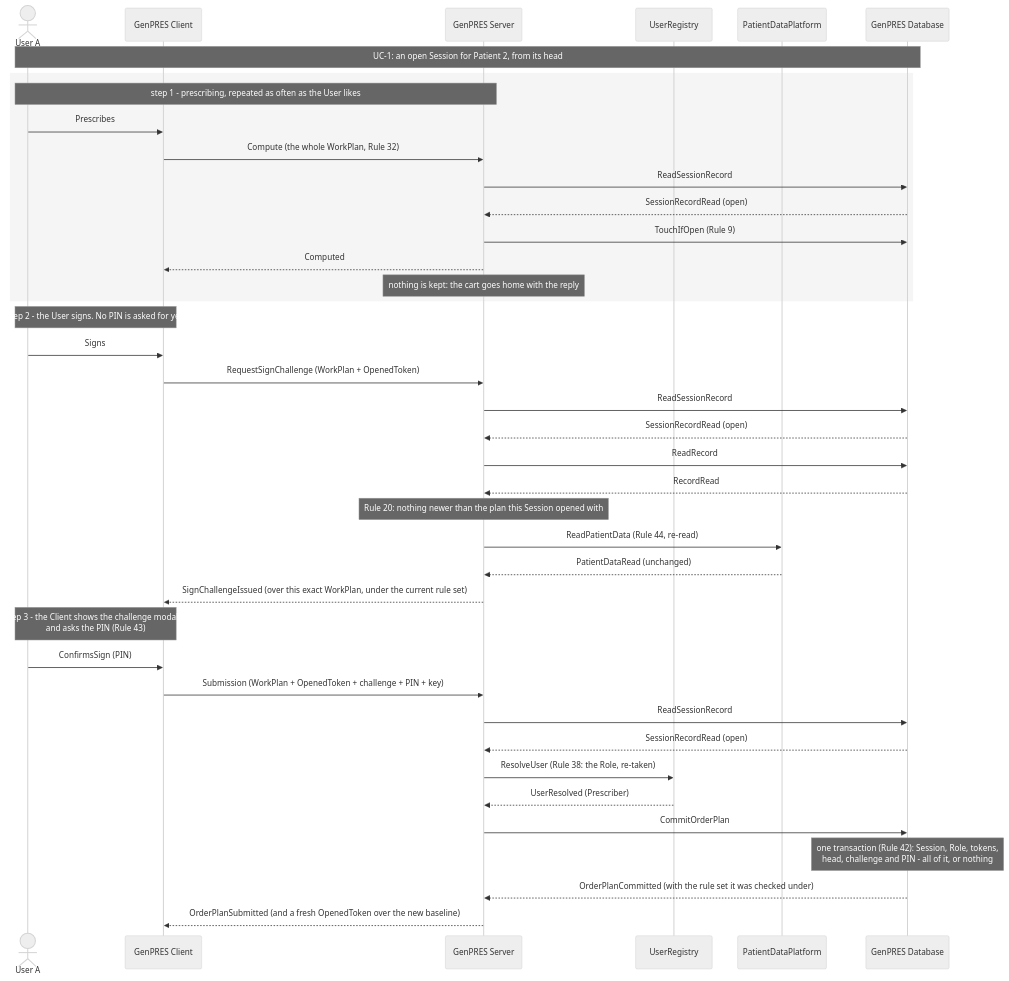
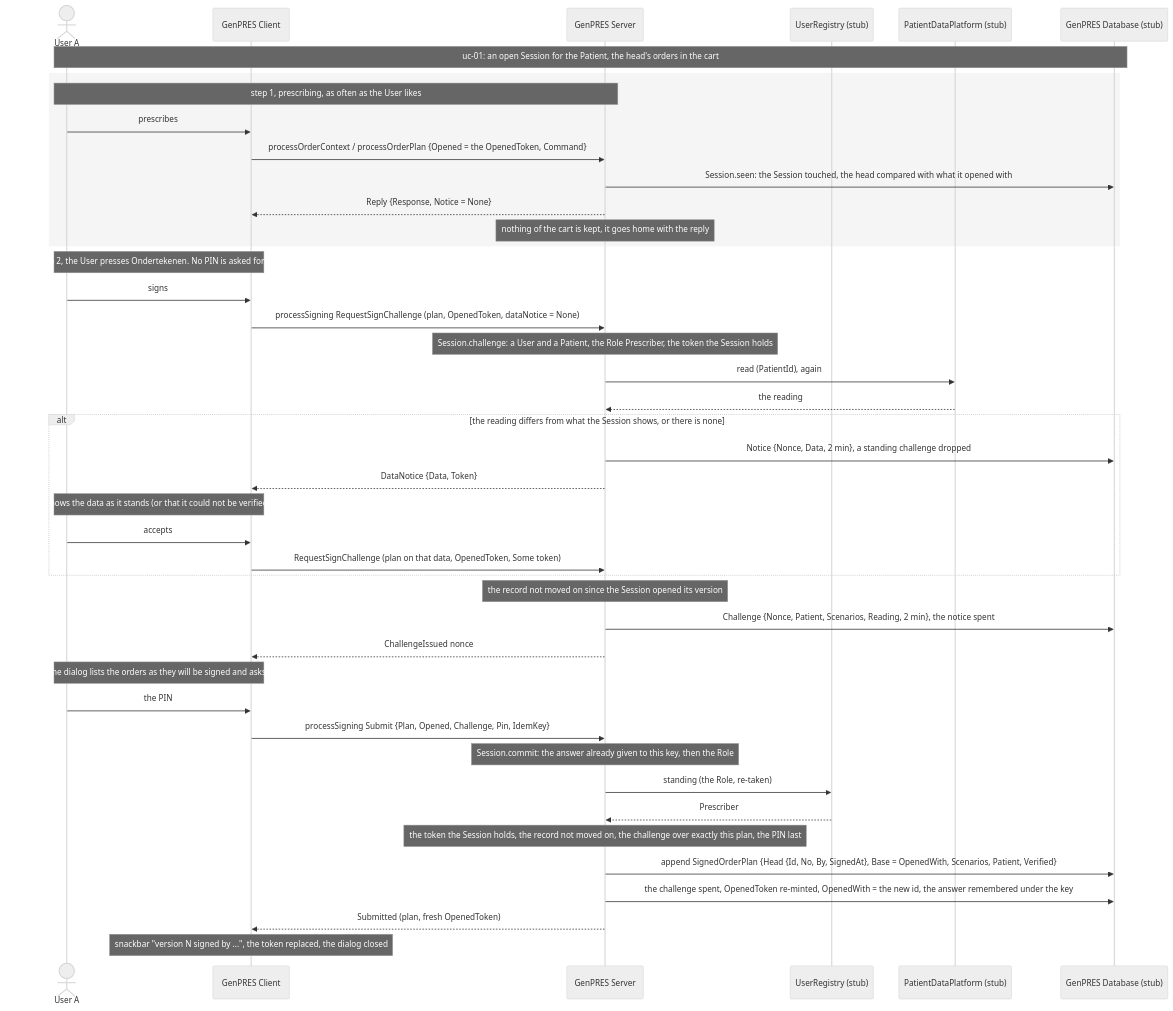
One commit to informedica/GenPRES changed the first of 2 diagrams in docs/scenarios/integration/uc-03-prescribe-and-sign.md. Above: the diagram before and after it, drawn with Mermaid (neutral theme). The commit also changed other lines of this file and 13 other files, not shown here.

````diff
--- a/docs/scenarios/integration/uc-03-prescribe-and-sign.md
+++ b/docs/scenarios/integration/uc-03-prescribe-and-sign.md
@@ -10,46 +11,49 @@
 ```mermaid
 sequenceDiagram
     actor U as User A
     participant C as GenPRES Client
     participant S as GenPRES Server
-    participant R as UserRegistry
-    participant P as PatientDataPlatform
-    participant D as GenPRES Database
+    participant R as UserRegistry (stub)
+    participant P as PatientDataPlatform (stub)
+    participant D as GenPRES Database (stub)
 
-    Note over U,D: UC-1: an open Session for Patient 2, from its head
+    Note over U,D: uc-01: an open Session for the Patient, the head's orders in the cart
 
     rect rgb(245,245,245)
-    Note over U,S: step 1 - prescribing, repeated as often as the User likes
-    U->>C: Prescribes
-    C->>S: Compute (the whole WorkPlan, Rule 32)
-    S->>D: ReadSessionRecord
-    D-->>S: SessionRecordRead (open)
-    S->>D: TouchIfOpen (Rule 9)
-    S-->>C: Computed
-    Note over S: nothing is kept: the cart goes home with the reply
+    Note over U,S: step 1, prescribing, as often as the User likes
+    U->>C: prescribes
+    C->>S: processOrderContext / processOrderPlan {Opened = the OpenedToken, Command}
+    S->>D: Session.seen: the Session touched, the head compared with what it opened with
+    S-->>C: Reply {Response, Notice = None}
+    Note over S: nothing of the cart is kept, it goes home with the reply
     end
 
-    Note over U,C: step 2 - the User signs. No PIN is asked for yet.
-    U->>C: Signs
-    C->>S: RequestSignChallenge (WorkPlan + OpenedToken)
-    S->>D: ReadSessionRecord
-    D-->>S: SessionRecordRead (open)
-    S->>D: ReadRecord
-    D-->>S: RecordRead
-    Note over S: Rule 20: nothing newer than the plan this Session opened with
-    S->>P: ReadPatientData (Rule 44, re-read)
-    P-->>S: PatientDataRead (unchanged)
-    S-->>C: SignChallengeIssued (over this exact WorkPlan, under the current rule set)
+    Note over U,C: step 2, the User presses Ondertekenen. No PIN is asked for yet.
+    U->>C: signs
+    C->>S: processSigning RequestSignChallenge (plan, OpenedToken, dataNotice = None)
+    Note over S: Session.challenge: a User and a Patient, the Role Prescriber, the token the Session holds
+    S->>P: read (PatientId), again
+    P-->>S: the reading
+    alt the reading differs from what the Session shows, or there is none
+        S->>D: Notice {Nonce, Data, 2 min}, a standing challenge dropped
+        S-->>C: DataNotice {Data, Token}
+        Note over U,C: the dialog shows the data as it stands (or that it could not be verified), Doorgaan
+        U->>C: accepts
+        C->>S: RequestSignChallenge (plan on that data, OpenedToken, Some token)
+    end
+    Note over S: the record not moved on since the Session opened its version
+    S->>D: Challenge {Nonce, Patient, Scenarios, Reading, 2 min}, the notice spent
+    S-->>C: ChallengeIssued nonce
 
-    Note over U,C: step 3 - the Client shows the challenge modally,<br/>and asks the PIN (Rule 43)
-    U->>C: ConfirmsSign (PIN)
-    C->>S: Submission (WorkPlan + OpenedToken + challenge + PIN + key)
-    S->>D: ReadSessionRecord
-    D-->>S: SessionRecordRead (open)
-    S->>R: ResolveUser (Rule 38: the Role, re-taken)
-    R-->>S: UserResolved (Prescriber)
-    S->>D: CommitOrderPlan
-    Note over D: one transaction (Rule 42): Session, Role, tokens,<br/>head, challenge and PIN - all of it, or nothing
-    D-->>S: OrderPlanCommitted (with the rule set it was checked under)
-    S-->>C: OrderPlanSubmitted (and a fresh OpenedToken over the new baseline)
+    Note over U,C: step 3, the dialog lists the orders as they will be signed and asks the PIN
+    U->>C: the PIN
+    C->>S: processSigning Submit {Plan, Opened, Challenge, Pin, IdemKey}
+    Note over S: Session.commit: the answer already given to this key, then the Role
+    S->>R: standing (the Role, re-taken)
+    R-->>S: Prescriber
+    Note over S: the token the Session holds, the record not moved on, the challenge over exactly this plan, the PIN last
+    S->>D: append SignedOrderPlan {Head {Id, No, By, SignedAt}, Base = OpenedWith, Scenarios, Patient, Verified}
+    S->>D: the challenge spent, OpenedToken re-minted, OpenedWith = the new id, the answer remembered under the key
+    S-->>C: Submitted (plan, fresh OpenedToken)
+    Note over C: snackbar "version N signed by ...", the token replaced, the dialog closed
 ```
````
